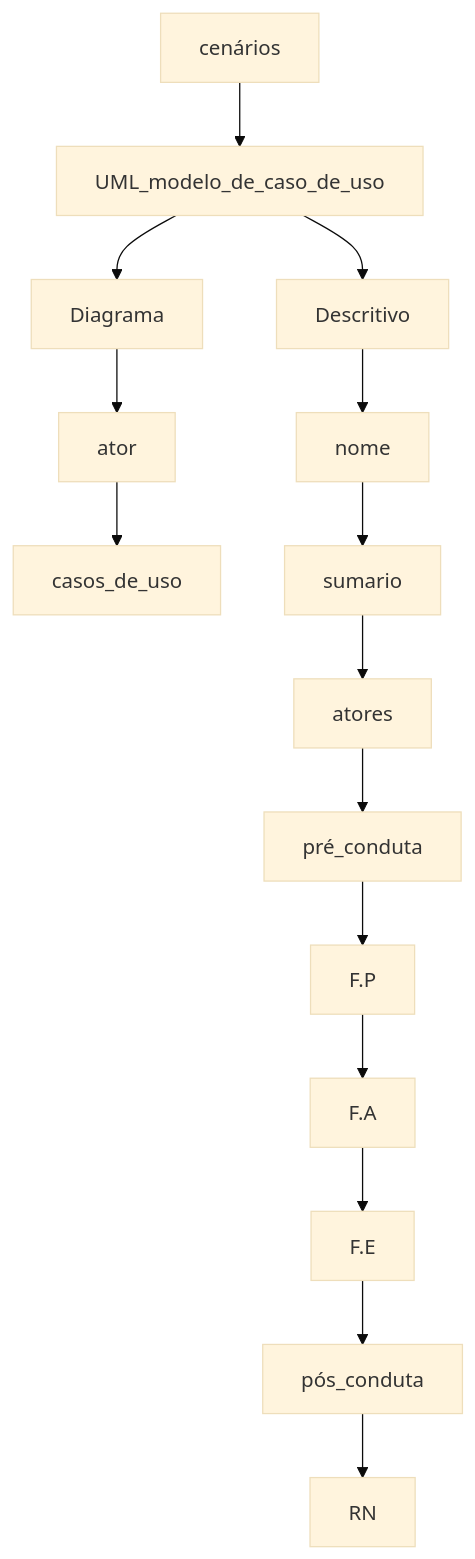
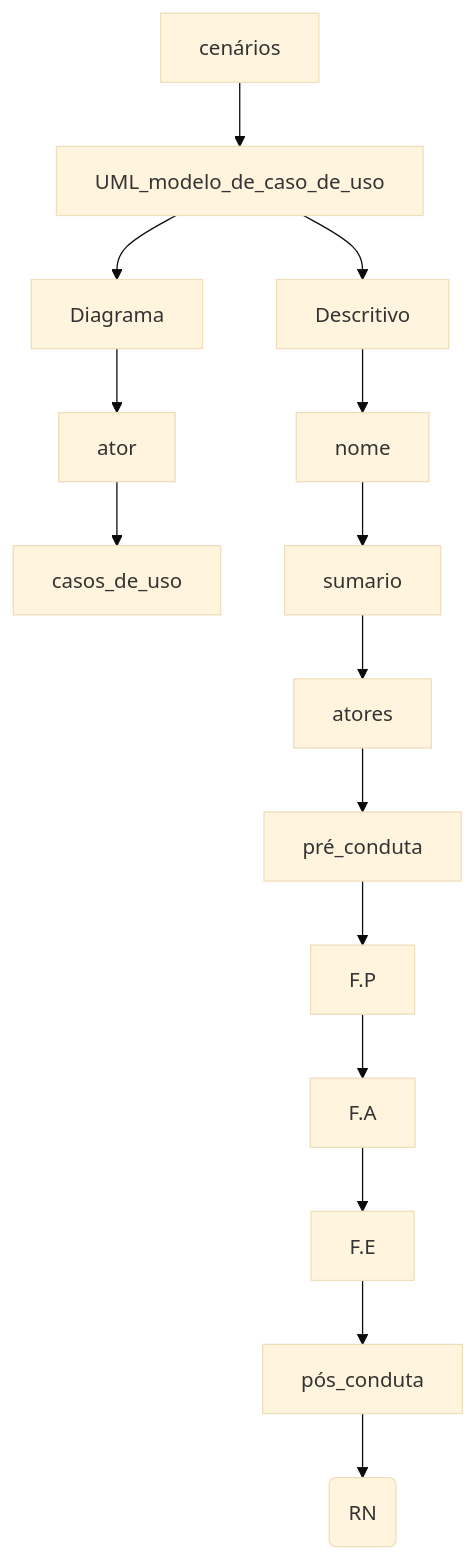
One commit to vanessacezarn/3_Semestre changed the second of 2 diagrams in Engenharia e Requisitos de Software/aula_08 09.04 - modelos_de_caso_de_uso.md. Above: the diagram before and after it, drawn with Mermaid (base theme). The commit also changed other lines of this file, not shown here.

````diff
--- a/Engenharia e Requisitos de Software/aula_08 09.04 - modelos_de_caso_de_uso.md
+++ b/Engenharia e Requisitos de Software/aula_08 09.04 - modelos_de_caso_de_uso.md
@@ -16,20 +46,20 @@
 ```mermaid
 graph TD;
 cenários --> UML_modelo_de_caso_de_uso;
 UML_modelo_de_caso_de_uso --> Diagrama;
 Diagrama --> ator;
 ator --> casos_de_uso;
 UML_modelo_de_caso_de_uso --> Descritivo;
 Descritivo --> nome;
 nome--> sumario;
 sumario --> atores;
 atores --> pré_conduta;
 pré_conduta --> F.P;
 F.P --> F.A;
 F.A --> F.E;
 F.E --> pós_conduta;
-pós_conduta --> RN;
+pós_conduta --> Regra_de_Negocio(RN);
 
 
 
 ```
````
